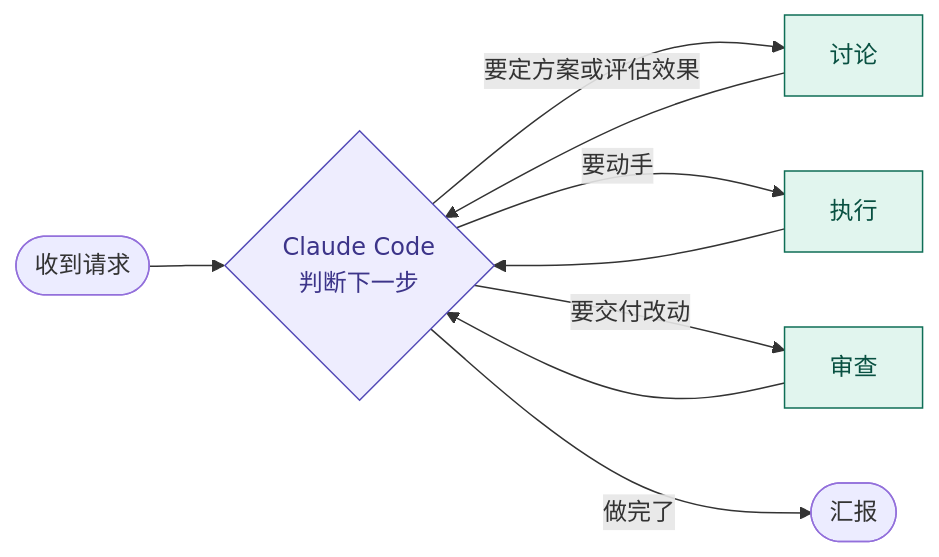
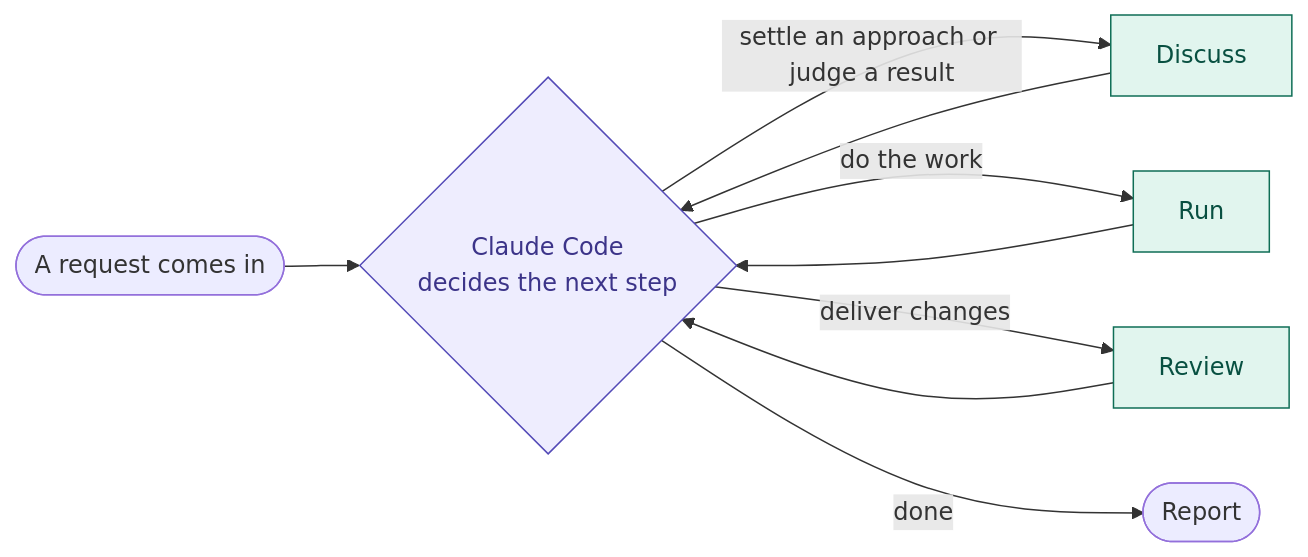
Before and after one commit to DaydayupV/claude-foreman: the first of 4 diagrams in README.md, drawn with Mermaid. The commit also changed other lines of this file and 2 other files, not shown here.

````diff
--- a/README.md
+++ b/README.md
@@ -32,16 +72,16 @@
 ```mermaid
 flowchart LR
-    start(["收到请求"]) --> hub{"Claude Code<br/>判断下一步"}
-    hub -- "要定方案或评估效果" --> discuss["讨论"]
-    hub -- "要动手" --> run["执行"]
-    hub -- "要交付改动" --> review["审查"]
+    start(["A request comes in"]) --> hub{"Claude Code<br/>decides the next step"}
+    hub -- "settle an approach or judge a result" --> discuss["Discuss"]
+    hub -- "do the work" --> run["Run"]
+    hub -- "deliver changes" --> review["Review"]
     discuss --> hub
     run --> hub
     review --> hub
-    hub -- "做完了" --> report(["汇报"])
+    hub -- "done" --> report(["Report"])
 
     classDef claude fill:#EEEDFE,stroke:#534AB7,color:#3C3489
     classDef module fill:#E1F5EE,stroke:#0F6E56,color:#085041
     class hub claude
     class discuss,run,review module
 ```
````
